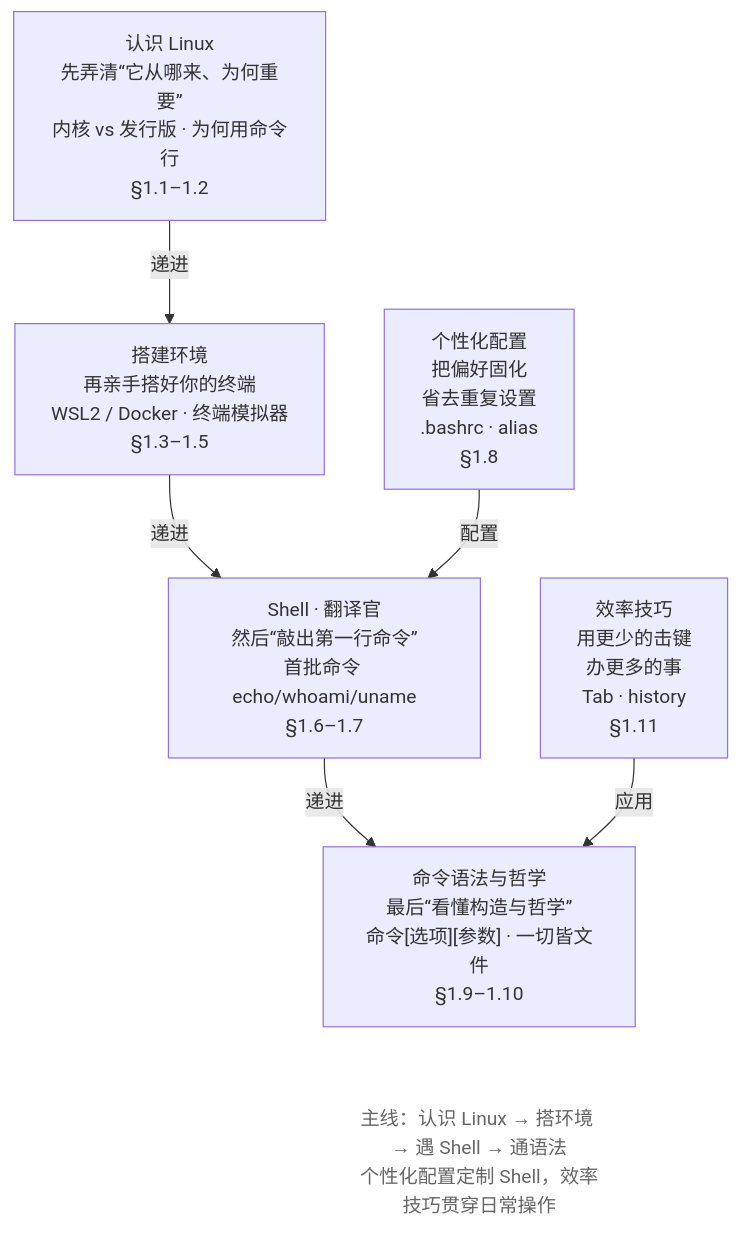
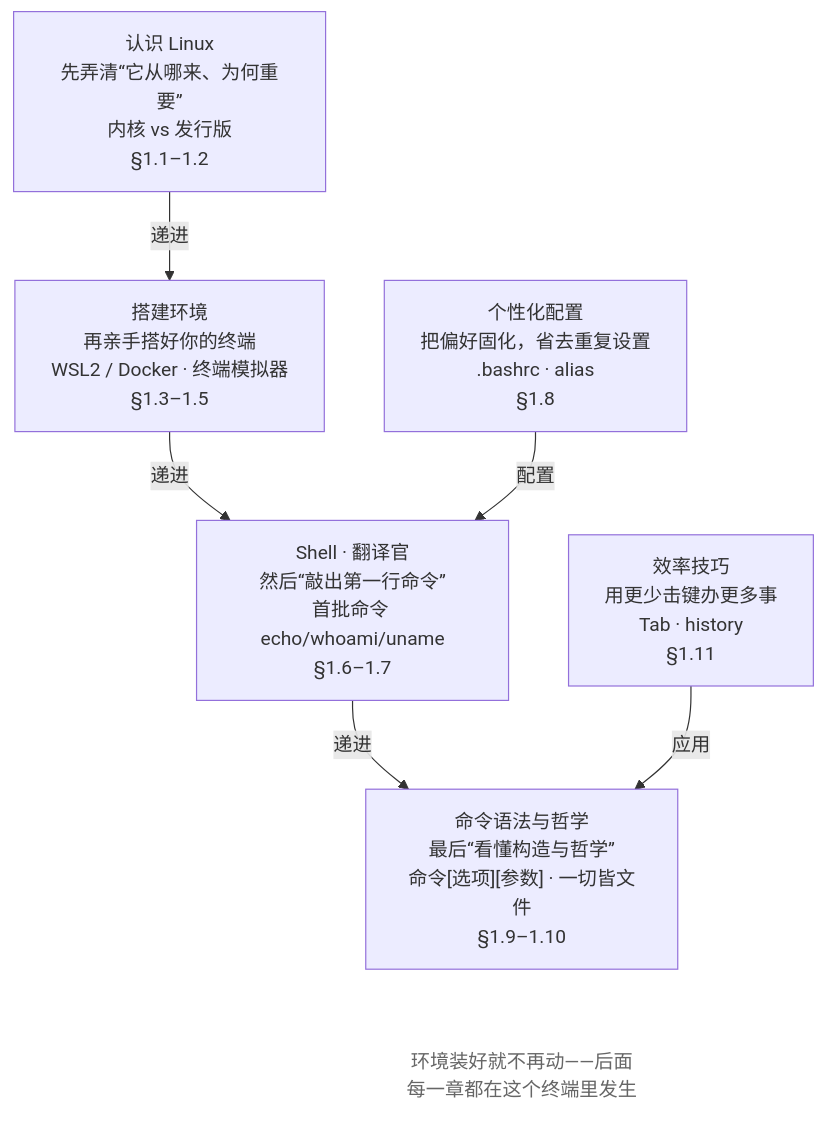
One commit to wangxiangnan/wangxiangnan.github.io changed the first of 2 diagrams in src/linux-command/ch01.md. Above: the diagram before and after it, drawn with Mermaid. The commit also changed 25 other files, not shown here.

````diff
--- a/src/linux-command/ch01.md
+++ b/src/linux-command/ch01.md
@@ -20,20 +20,20 @@
 ```mermaid
 flowchart TB
-    A["认识 Linux<br>先弄清“它从哪来、为何重要”<br>内核 vs 发行版 · 为何用命令行<br>§1.1–1.2"]
+    A["认识 Linux<br>先弄清“它从哪来、为何重要”<br>内核 vs 发行版<br>§1.1–1.2"]
     B["搭建环境<br>再亲手搭好你的终端<br>WSL2 / Docker · 终端模拟器<br>§1.3–1.5"]
-    C["个性化配置<br>把偏好固化<br>省去重复设置<br>.bashrc · alias<br>§1.8"]
+    C["个性化配置<br>把偏好固化，省去重复设置<br>.bashrc · alias<br>§1.8"]
     D["Shell · 翻译官<br>然后“敲出第一行命令”<br>首批命令 echo/whoami/uname<br>§1.6–1.7"]
-    E["效率技巧<br>用更少的击键<br>办更多的事<br>Tab · history<br>§1.11"]
+    E["效率技巧<br>用更少击键办更多事<br>Tab · history<br>§1.11"]
     F["命令语法与哲学<br>最后“看懂构造与哲学”<br>命令[选项][参数] · 一切皆文件<br>§1.9–1.10"]
-    NOTE["主线：认识 Linux → 搭环境 → 遇 Shell → 通语法<br>个性化配置定制 Shell，效率技巧贯穿日常操作"]
+    NOTE["环境装好就不再动——后面每一章都在这个终端里发生"]
 
     A -->|递进| B
     B -->|递进| D
     C -->|配置| D
     D -->|递进| F
     E -->|应用| F
     F ~~~ NOTE
 
     classDef note fill:none,stroke:none,color:#666
     class NOTE note
 ```
````
